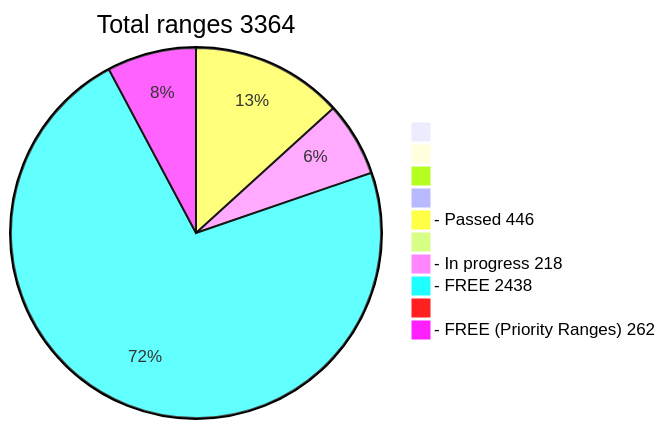
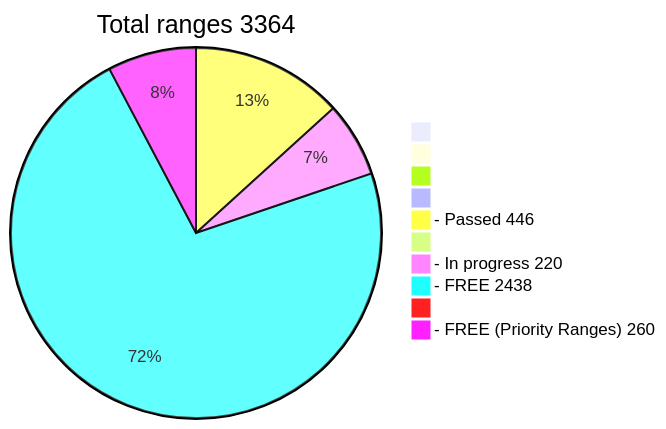
One commit to phrutis/wif500 changed the diagram in README.md. Above: the diagram before and after it, drawn with Mermaid.

````diff
--- a/README.md
+++ b/README.md
@@ -16,13 +16,13 @@
 ```mermaid
 pie title Total ranges 3364
              " " : 0
             "  " : 0
            "   " : 0
           "    " : 0
   "- Passed 446" : 446
          "     " : 0
-  "- In progress 218" : 218
+  "- In progress 220" : 220
    "- FREE 2438" : 2438
         "      " : 0
-  "- FREE (Priority Ranges) 262" : 262
+  "- FREE (Priority Ranges) 260" : 260
 ```
````
